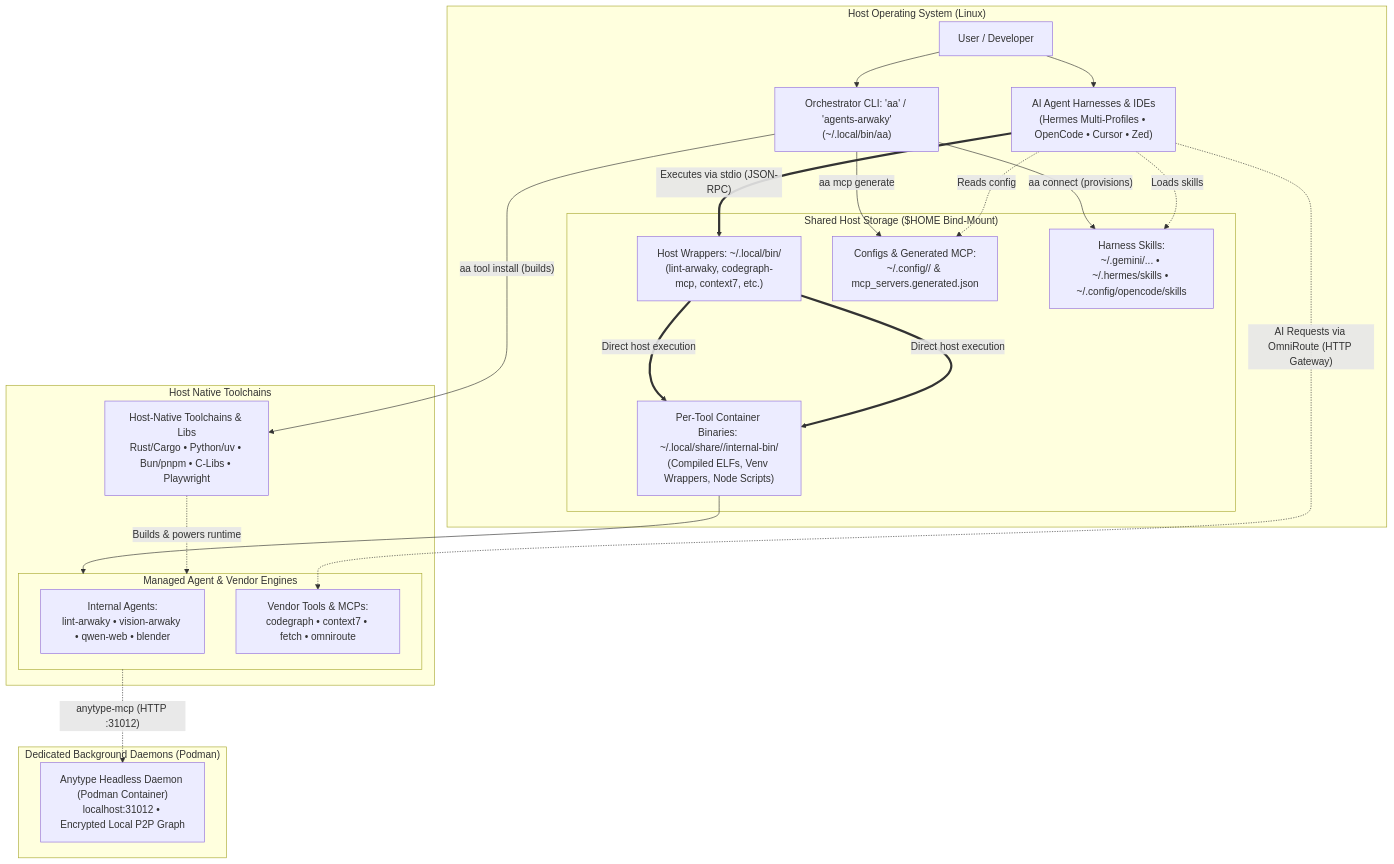
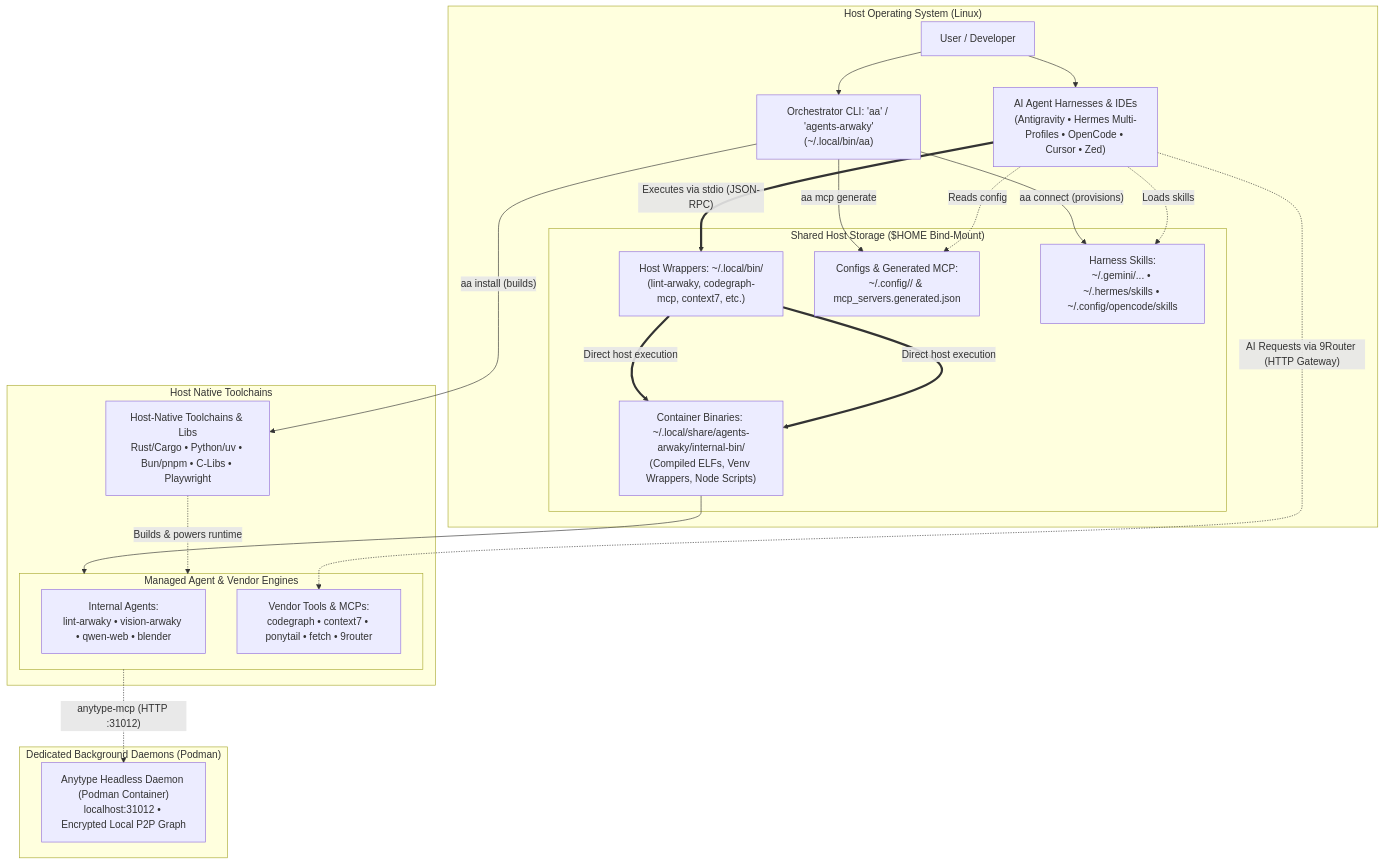
The diagram in README.md (rakaarwaky/agents-arwaky), drawn with Mermaid before and after one commit. The commit also changed other lines of this file and 195 other files, not shown here.

````diff
--- a/README.md
+++ b/README.md
@@ -28,52 +48,52 @@
 ```mermaid
 flowchart TB
     subgraph HostOS["Host Operating System (Linux)"]
         User["User / Developer"]
-        Harnesses["AI Agent Harnesses & IDEs\n(Hermes Multi-Profiles • OpenCode • Cursor • Zed)"]
+        Harnesses["AI Agent Harnesses & IDEs\n(Antigravity • Hermes Multi-Profiles • OpenCode • Cursor • Zed)"]
         CLI["Orchestrator CLI: 'aa' / 'agents-arwaky'\n(~/.local/bin/aa)"]
       
         subgraph XDGShared["Shared Host Storage ($HOME Bind-Mount)"]
             Launchers["Host Wrappers: ~/.local/bin/\n(lint-arwaky, codegraph-mcp, context7, etc.)"]
-            InternalBin["Per-Tool Container Binaries: ~/.local/share/<tool>/internal-bin/\n(Compiled ELFs, Venv Wrappers, Node Scripts)"]
+            InternalBin["Container Binaries: ~/.local/share/agents-arwaky/internal-bin/\n(Compiled ELFs, Venv Wrappers, Node Scripts)"]
             XDGConfigs["Configs & Generated MCP:\n~/.config/<tool>/ & mcp_servers.generated.json"]
             XDGSkills["Harness Skills:\n~/.gemini/... • ~/.hermes/skills • ~/.config/opencode/skills"]
         end
     end
 
     subgraph HostToolchain["Host Native Toolchains"]
         IsolatedRuntimes["Host-Native Toolchains & Libs\nRust/Cargo • Python/uv • Bun/pnpm • C-Libs • Playwright"]
 
         subgraph AgentsAndTools["Managed Agent & Vendor Engines"]
             InternalAgents["Internal Agents:\nlint-arwaky • vision-arwaky • qwen-web • blender"]
-            VendorTools["Vendor Tools & MCPs:\ncodegraph • context7 • fetch • omniroute"]
+            VendorTools["Vendor Tools & MCPs:\ncodegraph • context7 • ponytail • fetch • 9router"]
         end
     end
 
     subgraph SidecarServices["Dedicated Background Daemons (Podman)"]
         AnytypeDaemon["Anytype Headless Daemon (Podman Container)\nlocalhost:31012 • Encrypted Local P2P Graph"]
     end
 
     %% User & CLI interactions
     User --> CLI
     User --> Harnesses
     CLI -- "aa connect (provisions)" --> XDGSkills
     CLI -- "aa mcp generate" --> XDGConfigs
-    CLI -- "aa tool install (builds)" --> IsolatedRuntimes
+    CLI -- "aa install (builds)" --> IsolatedRuntimes
 
     %% Host-native execution
     Launchers == "Direct host execution" ==> InternalBin
 
     %% Harness interactions
     Harnesses -. "Reads config" .-> XDGConfigs
     Harnesses -. "Loads skills" .-> XDGSkills
     Harnesses == "Executes via stdio (JSON-RPC)" ==> Launchers
 
     %% Host-native execution
     Launchers == "Direct host execution" ==> InternalBin
     InternalBin --> AgentsAndTools
     IsolatedRuntimes -. "Builds & powers runtime" .-> AgentsAndTools
 
     %% Daemons & Services
     AgentsAndTools -. "anytype-mcp (HTTP :31012)" .-> AnytypeDaemon
-    Harnesses -. "AI Requests via OmniRoute (HTTP Gateway)" .-> VendorTools
+    Harnesses -. "AI Requests via 9Router (HTTP Gateway)" .-> VendorTools
 ```
````
